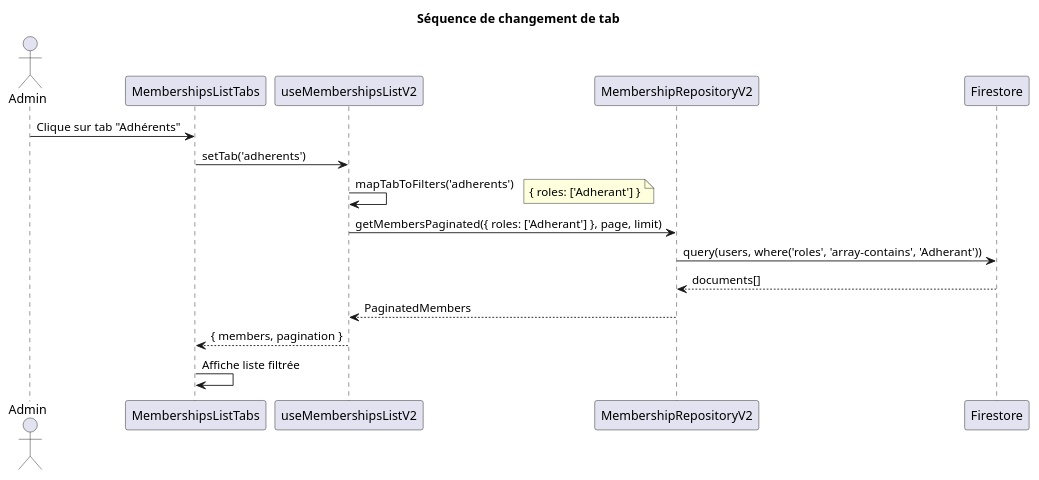
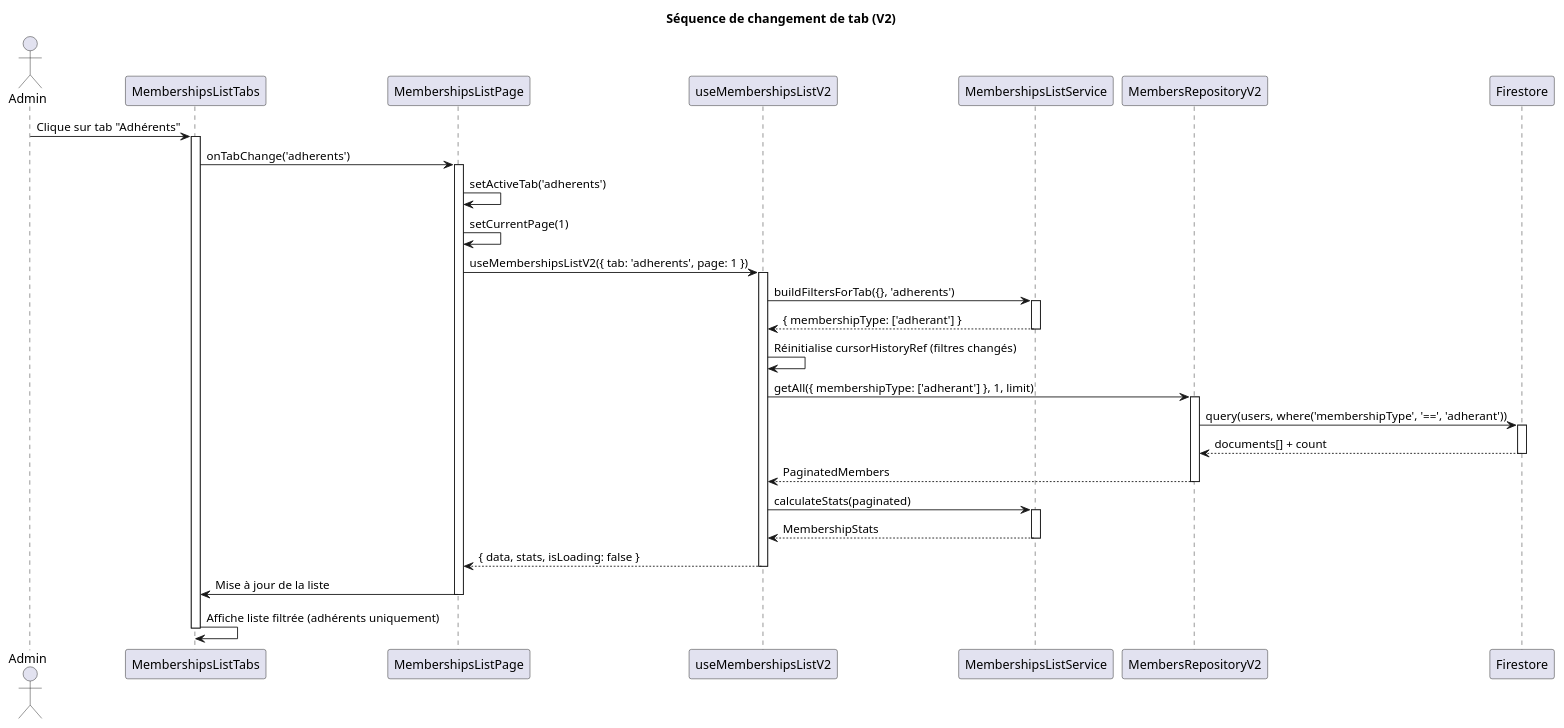
The diagram in documentation/memberships/V2/liste-memberships/sequence/tabs.puml (GlennEriss/kara-client-front), drawn with PlantUML before and after one commit. The commit also changed 86 other files, not shown here.

```diff
--- a/documentation/memberships/V2/liste-memberships/sequence/tabs.puml
+++ b/documentation/memberships/V2/liste-memberships/sequence/tabs.puml
@@ -1,21 +1,48 @@
 @startuml Séquence - Changement de tab
-title Séquence de changement de tab
+title Séquence de changement de tab (V2)
 
 actor Admin
 participant "MembershipsListTabs" as Tabs
+participant "MembershipsListPage" as Page
 participant "useMembershipsListV2" as Hook
-participant "MembershipRepositoryV2" as Repo
+participant "MembershipsListService" as Service
+participant "MembersRepositoryV2" as Repo
 participant Firestore
 
 Admin -> Tabs: Clique sur tab "Adhérents"
-Tabs -> Hook: setTab('adherents')
-Hook -> Hook: mapTabToFilters('adherents')
-note right: { roles: ['Adherant'] }
-Hook -> Repo: getMembersPaginated({ roles: ['Adherant'] }, page, limit)
-Repo -> Firestore: query(users, where('roles', 'array-contains', 'Adherant'))
-Firestore --> Repo: documents[]
+activate Tabs
+Tabs -> Page: onTabChange('adherents')
+activate Page
+Page -> Page: setActiveTab('adherents')
+Page -> Page: setCurrentPage(1)
+Page -> Hook: useMembershipsListV2({ tab: 'adherents', page: 1 })
+activate Hook
+
+Hook -> Service: buildFiltersForTab({}, 'adherents')
+activate Service
+Service --> Hook: { membershipType: ['adherant'] }
+deactivate Service
+
+Hook -> Hook: Réinitialise cursorHistoryRef (filtres changés)
+Hook -> Repo: getAll({ membershipType: ['adherant'] }, 1, limit)
+activate Repo
+Repo -> Firestore: query(users, where('membershipType', '==', 'adherant'))
+activate Firestore
+Firestore --> Repo: documents[] + count
+deactivate Firestore
 Repo --> Hook: PaginatedMembers
-Hook --> Tabs: { members, pagination }
-Tabs -> Tabs: Affiche liste filtrée
+deactivate Repo
+
+Hook -> Service: calculateStats(paginated)
+activate Service
+Service --> Hook: MembershipStats
+deactivate Service
+
+Hook --> Page: { data, stats, isLoading: false }
+deactivate Hook
+Page -> Tabs: Mise à jour de la liste
+deactivate Page
+Tabs -> Tabs: Affiche liste filtrée (adhérents uniquement)
+deactivate Tabs
 
 @enduml
```
